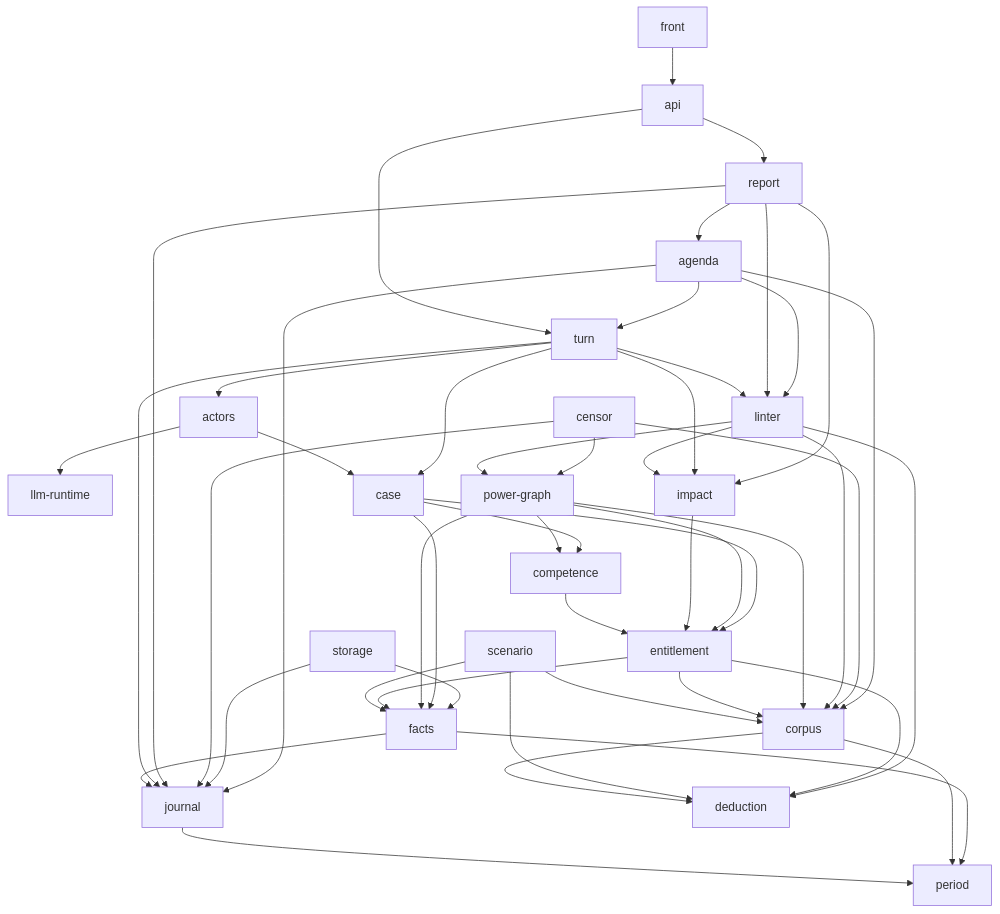
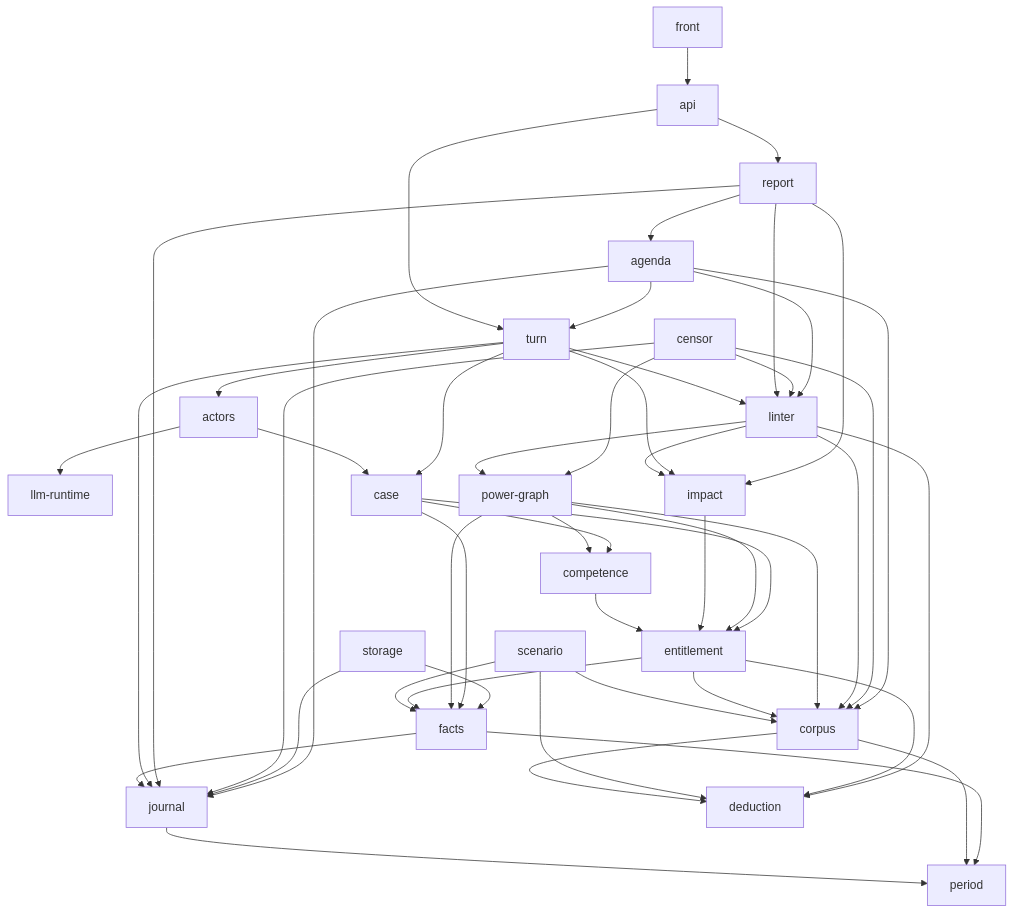
The fourth of 4 diagrams in docs/design/README.md (heaprip/intercessio), drawn with Mermaid before and after one commit. The commit also changed 7 other files, not shown here.

````diff
--- a/docs/design/README.md
+++ b/docs/design/README.md
@@ -174,53 +174,54 @@
 ```mermaid
 flowchart TD
   %% components
   llm_runtime[llm-runtime]
   power_graph[power-graph]
   journal --> period
   corpus --> period
   corpus --> deduction
   facts --> period
   facts --> journal
   scenario --> corpus
   scenario --> facts
   scenario --> deduction
   entitlement --> corpus
   entitlement --> facts
   entitlement --> deduction
   competence --> entitlement
   impact --> entitlement
   power_graph --> corpus
   power_graph --> facts
   power_graph --> competence
   power_graph --> entitlement
   linter --> corpus
   linter --> deduction
   linter --> impact
   linter --> power_graph
   case --> competence
   case --> facts
   case --> entitlement
   actors --> case
   actors --> llm_runtime
   turn --> case
   turn --> actors
   turn --> impact
   turn --> linter
   turn --> journal
   report --> journal
   report --> linter
   report --> impact
   api --> turn
   api --> report
   front --> api
   censor --> journal
   censor --> corpus
   censor --> power_graph
+  censor --> linter
   storage --> facts
   storage --> journal
   agenda --> linter
   agenda --> journal
   agenda --> corpus
   agenda --> turn
   report --> agenda
 ```
````
